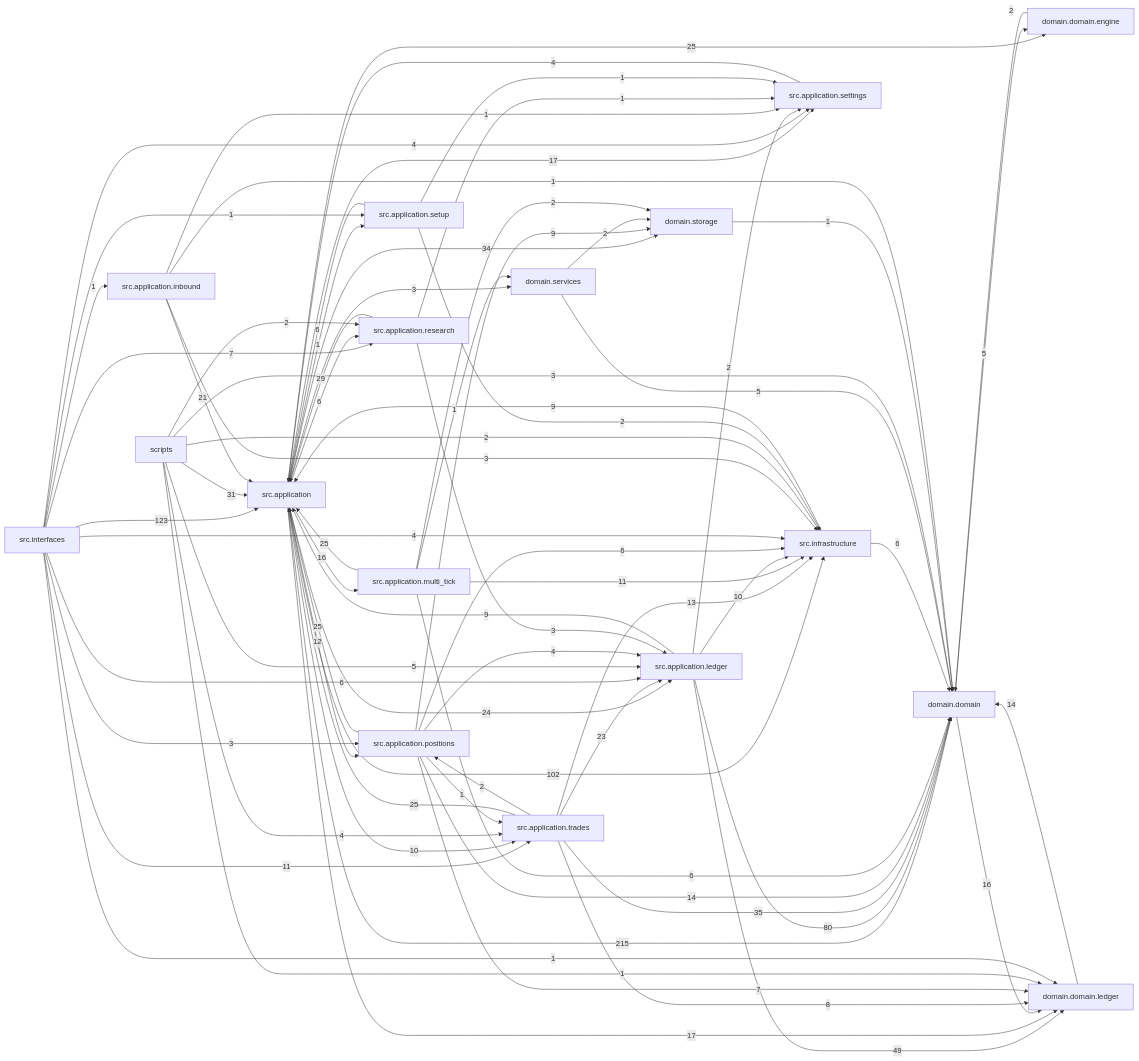
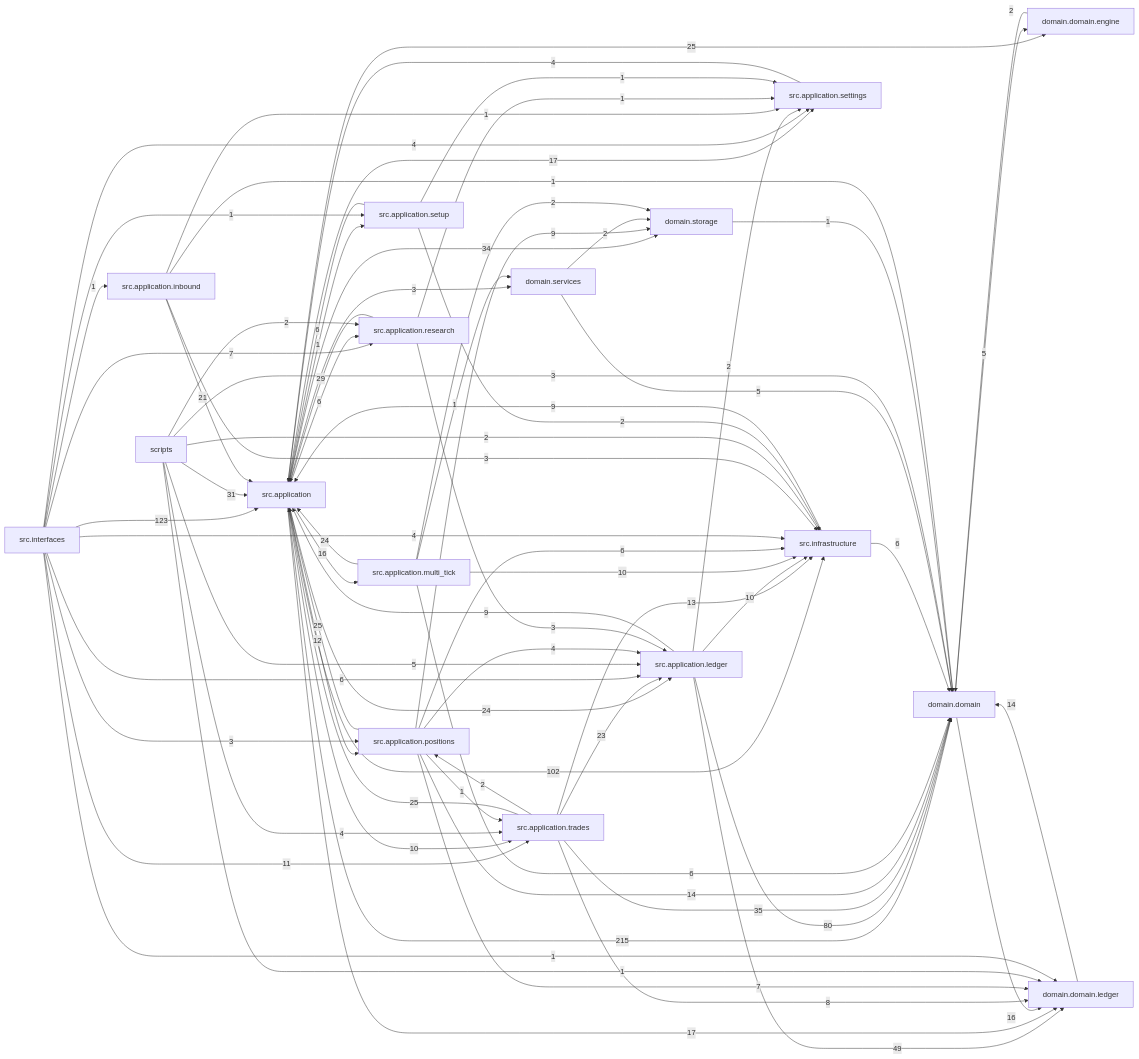
Before and after one commit to liuxie066/options-monitor: the diagram in docs/dependency_graph.mmd, drawn with Mermaid. The commit also changed 2 other files, not shown here.

Commit message:
docs(tools): document missing gateway tools and refresh dependency graph

```diff
--- a/docs/dependency_graph.mmd
+++ b/docs/dependency_graph.mmd
@@ -1,74 +1,74 @@
 flowchart LR
   src_application["src.application"] -->|215| domain_domain["domain.domain"]
   src_interfaces["src.interfaces"] -->|123| src_application["src.application"]
   src_application["src.application"] -->|102| src_infrastructure["src.infrastructure"]
   src_application_ledger["src.application.ledger"] -->|80| domain_domain["domain.domain"]
   src_application_ledger["src.application.ledger"] -->|49| domain_domain_ledger["domain.domain.ledger"]
   src_application_trades["src.application.trades"] -->|35| domain_domain["domain.domain"]
   src_application["src.application"] -->|34| domain_storage["domain.storage"]
   scripts["scripts"] -->|31| src_application["src.application"]
   src_application_research["src.application.research"] -->|29| src_application["src.application"]
   src_application["src.application"] -->|25| domain_domain_engine["domain.domain.engine"]
-  src_application_multi_tick["src.application.multi_tick"] -->|25| src_application["src.application"]
   src_application_positions["src.application.positions"] -->|25| src_application["src.application"]
   src_application_trades["src.application.trades"] -->|25| src_application["src.application"]
   src_application["src.application"] -->|24| src_application_ledger["src.application.ledger"]
+  src_application_multi_tick["src.application.multi_tick"] -->|24| src_application["src.application"]
   src_application_trades["src.application.trades"] -->|23| src_application_ledger["src.application.ledger"]
   src_application_inbound["src.application.inbound"] -->|21| src_application["src.application"]
   src_application["src.application"] -->|17| domain_domain_ledger["domain.domain.ledger"]
   src_application["src.application"] -->|17| src_application_settings["src.application.settings"]
   domain_domain["domain.domain"] -->|16| domain_domain_ledger["domain.domain.ledger"]
   src_application["src.application"] -->|16| src_application_multi_tick["src.application.multi_tick"]
   domain_domain_ledger["domain.domain.ledger"] -->|14| domain_domain["domain.domain"]
   src_application_positions["src.application.positions"] -->|14| domain_domain["domain.domain"]
   src_application_trades["src.application.trades"] -->|13| src_infrastructure["src.infrastructure"]
   src_application["src.application"] -->|12| src_application_positions["src.application.positions"]
-  src_application_multi_tick["src.application.multi_tick"] -->|11| src_infrastructure["src.infrastructure"]
   src_interfaces["src.interfaces"] -->|11| src_application_trades["src.application.trades"]
   src_application["src.application"] -->|10| src_application_trades["src.application.trades"]
   src_application_ledger["src.application.ledger"] -->|10| src_infrastructure["src.infrastructure"]
+  src_application_multi_tick["src.application.multi_tick"] -->|10| src_infrastructure["src.infrastructure"]
   src_application_ledger["src.application.ledger"] -->|9| src_application["src.application"]
   src_application_positions["src.application.positions"] -->|9| domain_storage["domain.storage"]
   src_infrastructure["src.infrastructure"] -->|9| src_application["src.application"]
   src_application_trades["src.application.trades"] -->|8| domain_domain_ledger["domain.domain.ledger"]
   src_application_positions["src.application.positions"] -->|7| domain_domain_ledger["domain.domain.ledger"]
   src_interfaces["src.interfaces"] -->|7| src_application_research["src.application.research"]
   src_application["src.application"] -->|6| src_application_research["src.application.research"]
   src_application_multi_tick["src.application.multi_tick"] -->|6| domain_domain["domain.domain"]
   src_application_positions["src.application.positions"] -->|6| src_infrastructure["src.infrastructure"]
   src_application_setup["src.application.setup"] -->|6| src_application["src.application"]
   src_infrastructure["src.infrastructure"] -->|6| domain_domain["domain.domain"]
   src_interfaces["src.interfaces"] -->|6| src_application_ledger["src.application.ledger"]
   domain_domain["domain.domain"] -->|5| domain_domain_engine["domain.domain.engine"]
   domain_services["domain.services"] -->|5| domain_domain["domain.domain"]
   scripts["scripts"] -->|5| src_application_ledger["src.application.ledger"]
   scripts["scripts"] -->|4| src_application_trades["src.application.trades"]
   src_application_positions["src.application.positions"] -->|4| src_application_ledger["src.application.ledger"]
   src_application_settings["src.application.settings"] -->|4| src_application["src.application"]
   src_interfaces["src.interfaces"] -->|4| src_application_settings["src.application.settings"]
   src_interfaces["src.interfaces"] -->|4| src_infrastructure["src.infrastructure"]
   scripts["scripts"] -->|3| domain_domain["domain.domain"]
   src_application["src.application"] -->|3| domain_services["domain.services"]
   src_application_inbound["src.application.inbound"] -->|3| src_infrastructure["src.infrastructure"]
   src_application_research["src.application.research"] -->|3| src_application_ledger["src.application.ledger"]
   src_interfaces["src.interfaces"] -->|3| src_application_positions["src.application.positions"]
   domain_domain_engine["domain.domain.engine"] -->|2| domain_domain["domain.domain"]
   domain_services["domain.services"] -->|2| domain_storage["domain.storage"]
   scripts["scripts"] -->|2| src_application_research["src.application.research"]
   scripts["scripts"] -->|2| src_infrastructure["src.infrastructure"]
   src_application_ledger["src.application.ledger"] -->|2| src_application_settings["src.application.settings"]
   src_application_multi_tick["src.application.multi_tick"] -->|2| domain_storage["domain.storage"]
   src_application_setup["src.application.setup"] -->|2| src_infrastructure["src.infrastructure"]
   src_application_trades["src.application.trades"] -->|2| src_application_positions["src.application.positions"]
   domain_storage["domain.storage"] -->|1| domain_domain["domain.domain"]
   scripts["scripts"] -->|1| domain_domain_ledger["domain.domain.ledger"]
   src_application["src.application"] -->|1| src_application_setup["src.application.setup"]
   src_application_inbound["src.application.inbound"] -->|1| domain_domain["domain.domain"]
   src_application_inbound["src.application.inbound"] -->|1| src_application_settings["src.application.settings"]
   src_application_multi_tick["src.application.multi_tick"] -->|1| domain_services["domain.services"]
   src_application_positions["src.application.positions"] -->|1| src_application_trades["src.application.trades"]
   src_application_research["src.application.research"] -->|1| src_application_settings["src.application.settings"]
   src_application_setup["src.application.setup"] -->|1| src_application_settings["src.application.settings"]
   src_interfaces["src.interfaces"] -->|1| domain_domain_ledger["domain.domain.ledger"]
   src_interfaces["src.interfaces"] -->|1| src_application_inbound["src.application.inbound"]
   src_interfaces["src.interfaces"] -->|1| src_application_setup["src.application.setup"]
```
